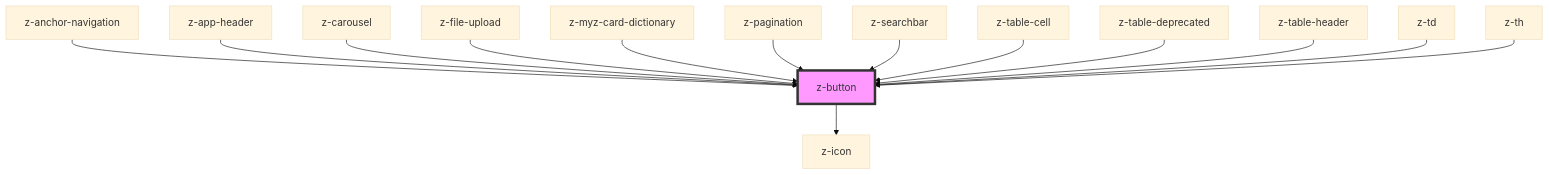
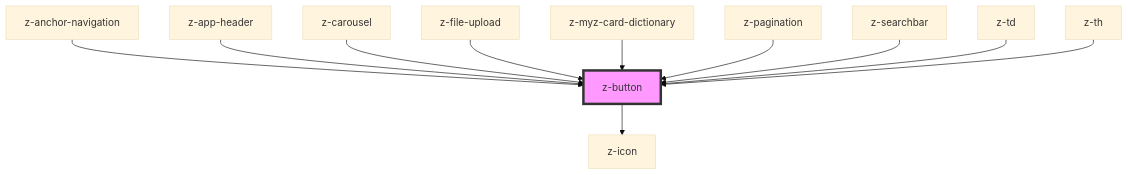
Before and after one commit to ZanichelliEditore/design-system: the diagram in src/components/buttons/z-button/readme.md, drawn with Mermaid (base theme). The commit also changed other lines of this file and 51 other files, not shown here.

Commit message:
chore: removed deprecated zTable and subcomponents

````diff
--- a/src/components/buttons/z-button/readme.md
+++ b/src/components/buttons/z-button/readme.md
@@ -130,17 +127,14 @@
 ```mermaid
 graph TD;
   z-button --> z-icon
   z-anchor-navigation --> z-button
   z-app-header --> z-button
   z-carousel --> z-button
   z-file-upload --> z-button
   z-myz-card-dictionary --> z-button
   z-pagination --> z-button
   z-searchbar --> z-button
-  z-table-cell --> z-button
-  z-table-deprecated --> z-button
-  z-table-header --> z-button
   z-td --> z-button
   z-th --> z-button
   style z-button fill:#f9f,stroke:#333,stroke-width:4px
 ```
````
